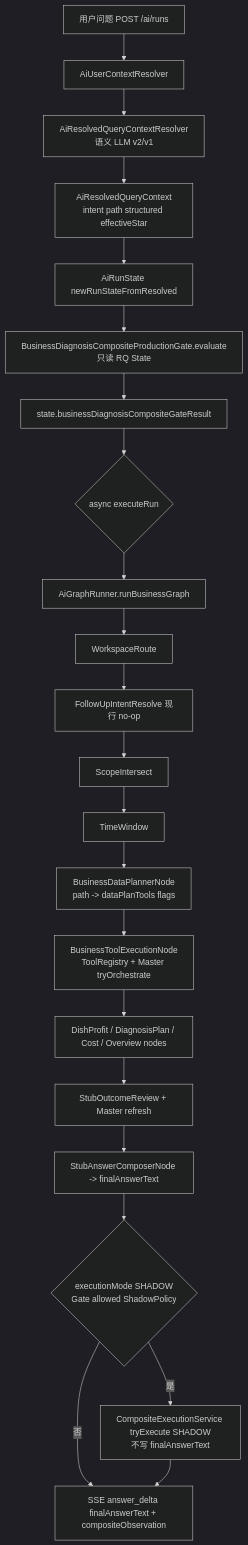
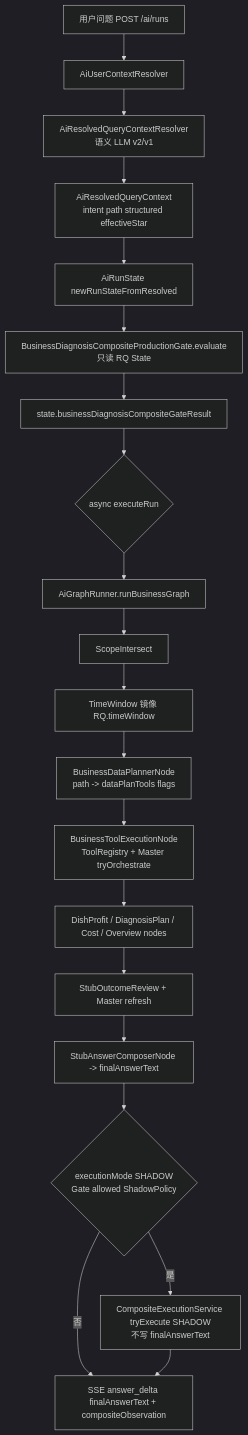
Before and after one commit to sisylpy/aiGrain: the diagram in docs/ai/main-business-routing-and-composite-integration-map.md, drawn with Mermaid (dark theme). The commit also changed other lines of this file and 236 other files, not shown here.

First line of the commit message:
checkpoint: advisor conversations, workflow/pins MVP, business graph refactor

````diff
--- a/docs/ai/main-business-routing-and-composite-integration-map.md
+++ b/docs/ai/main-business-routing-and-composite-integration-map.md
@@ -172,24 +168,22 @@
 ```mermaid
 flowchart TD
     U[用户问题 POST /ai/runs] --> UC[AiUserContextResolver]
     UC --> RES[AiResolvedQueryContextResolver<br/>语义 LLM v2/v1]
     RES --> RQ[AiResolvedQueryContext<br/>intent path structured effectiveStar]
     RQ --> S0[AiRunState newRunStateFromResolved]
     S0 --> GATE_EVAL[BusinessDiagnosisCompositeProductionGate.evaluate<br/>只读 RQ State]
     GATE_EVAL --> S1[state.businessDiagnosisCompositeGateResult]
     S1 --> ASYNC{async executeRun}
     ASYNC --> G0[AiGraphRunner.runBusinessGraph]
-    G0 --> N1[WorkspaceRoute]
-    N1 --> N2[FollowUpIntentResolve 现行 no-op]
-    N2 --> N3[ScopeIntersect]
-    N3 --> N4[TimeWindow]
+    G0 --> N3[ScopeIntersect]
+    N3 --> N4[TimeWindow 镜像 RQ.timeWindow]
     N4 --> N5[BusinessDataPlannerNode<br/>path -> dataPlanTools flags]
     N5 --> N6[BusinessToolExecutionNode<br/>ToolRegistry + Master tryOrchestrate]
     N6 --> N7[DishProfit / DiagnosisPlan / Cost / Overview nodes]
     N7 --> N8[StubOutcomeReview + Master refresh]
     N8 --> N9[StubAnswerComposerNode -> finalAnswerText]
     N9 --> SH{executionMode SHADOW<br/>Gate allowed ShadowPolicy}
     SH -->|是| CMP[CompositeExecutionService tryExecute SHADOW<br/>不写 finalAnswerText]
     SH -->|否| SSE
     CMP --> SSE[SSE answer_delta finalAnswerText + compositeObservation]
 ```
````
